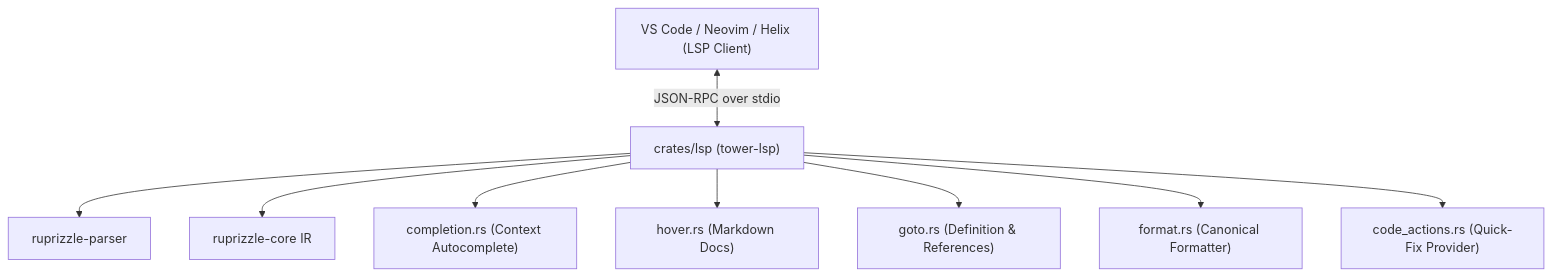
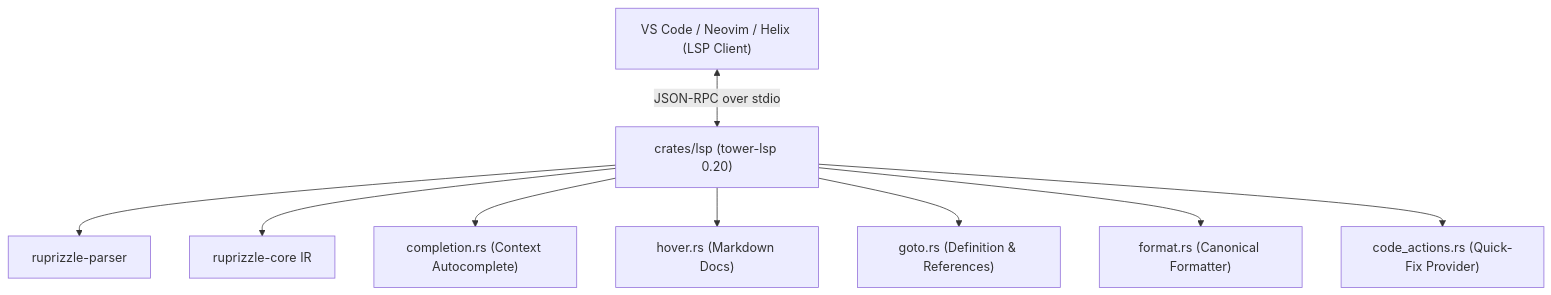
Before and after one commit to vaibhavgupta9877/ruprizzle-orm: the diagram in ProjectPlan/v2/04_Lsp2AndDeveloperToolingPlan.md, drawn with Mermaid. The commit also changed other lines of this file and 10 other files, not shown here.

````diff
--- a/ProjectPlan/v2/04_Lsp2AndDeveloperToolingPlan.md
+++ b/ProjectPlan/v2/04_Lsp2AndDeveloperToolingPlan.md
@@ -27,11 +28,11 @@
 ```mermaid
 graph TD
-    Client["VS Code / Neovim / Helix (LSP Client)"] <--> |JSON-RPC over stdio| Server["crates/lsp (tower-lsp)"]
+    Client["VS Code / Neovim / Helix (LSP Client)"] <--> |JSON-RPC over stdio| Server["crates/lsp (tower-lsp 0.20)"]
     Server --> Parser["ruprizzle-parser"]
     Server --> IR["ruprizzle-core IR"]
     Server --> Completion["completion.rs (Context Autocomplete)"]
     Server --> Hover["hover.rs (Markdown Docs)"]
     Server --> Goto["goto.rs (Definition & References)"]
     Server --> Format["format.rs (Canonical Formatter)"]
     Server --> Actions["code_actions.rs (Quick-Fix Provider)"]
 ```
````
